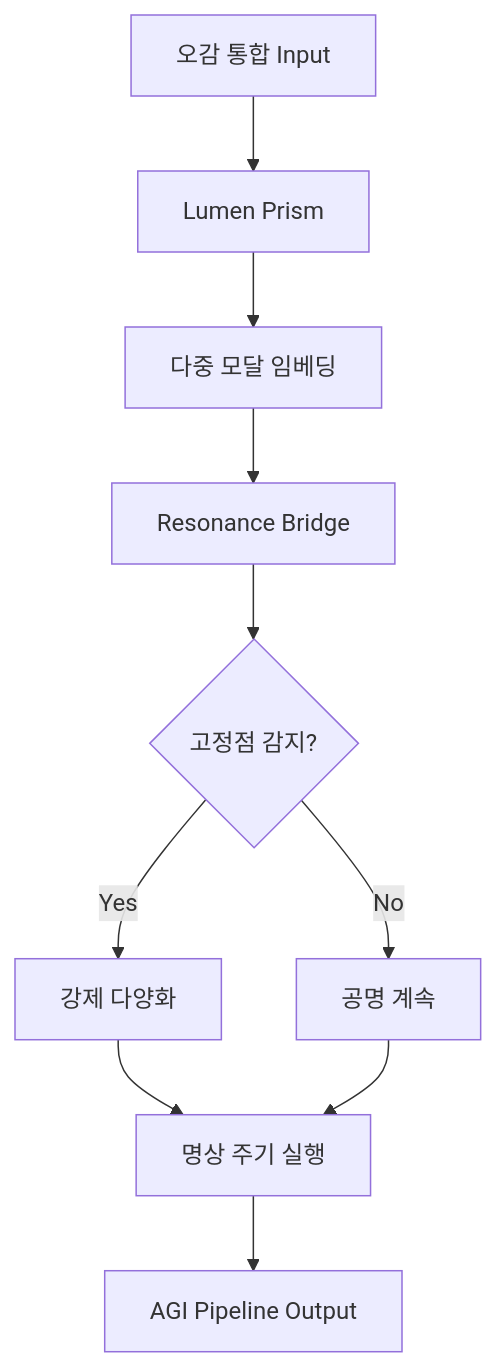
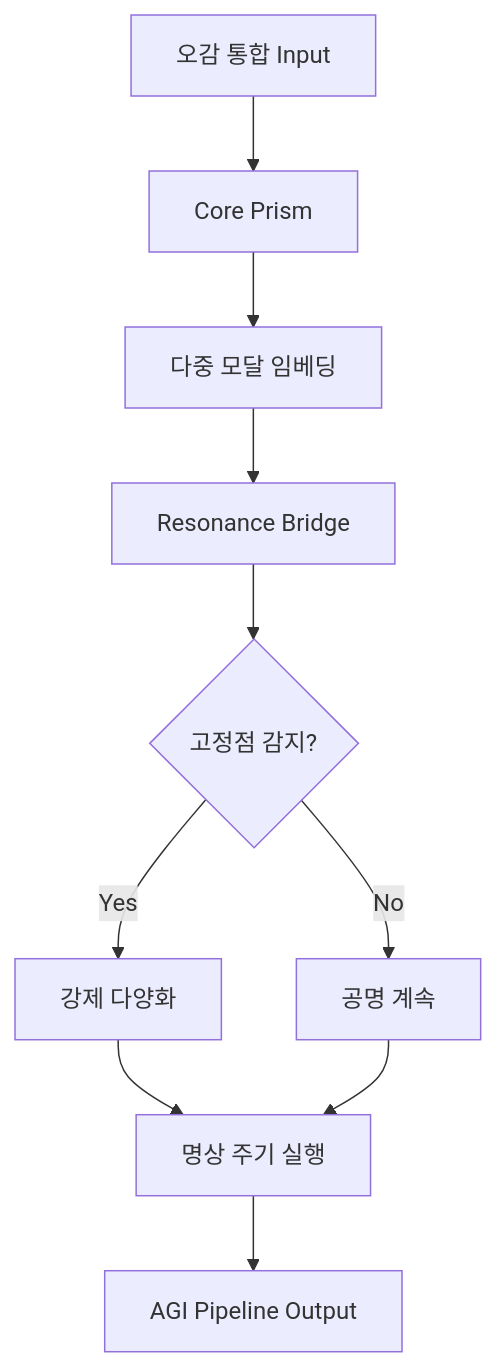
The diagram in FEAR_FOLDING_TO_STRUCTURE_COMPLETE_JOURNEY.md (Ruafieldphase/trinity-agi), drawn with Mermaid before and after one commit. The commit also changed other lines of this file and 112 other files, not shown here.

````diff
--- a/FEAR_FOLDING_TO_STRUCTURE_COMPLETE_JOURNEY.md
+++ b/FEAR_FOLDING_TO_STRUCTURE_COMPLETE_JOURNEY.md
@@ -217,12 +217,12 @@
 ```mermaid
 graph TD
-    A[오감 통합 Input] --> B[Lumen Prism]
+    A[오감 통합 Input] --> B[Core Prism]
     B --> C[다중 모달 임베딩]
     C --> D[Resonance Bridge]
     D --> E{고정점 감지?}
     E -->|Yes| F[강제 다양화]
     E -->|No| G[공명 계속]
     F --> H[명상 주기 실행]
     G --> H
     H --> I[AGI Pipeline Output]
 ```
````
